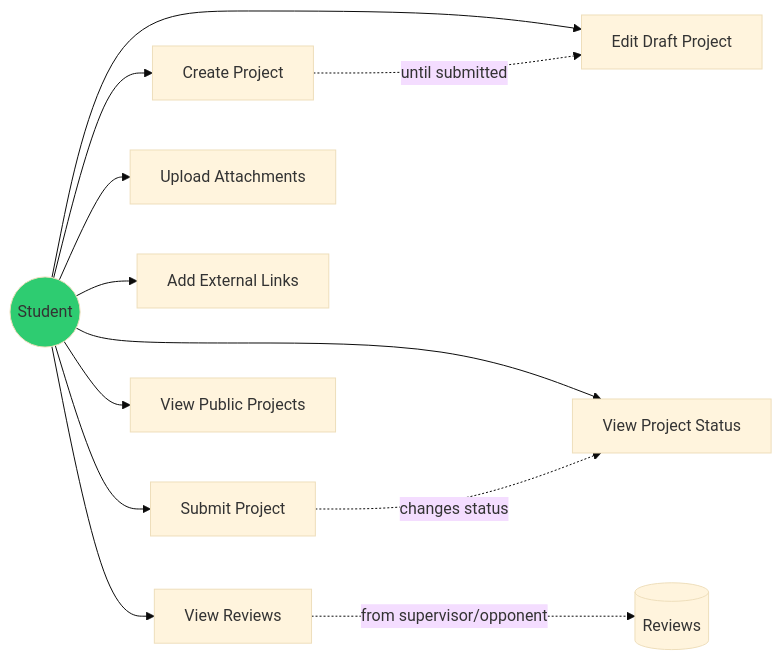
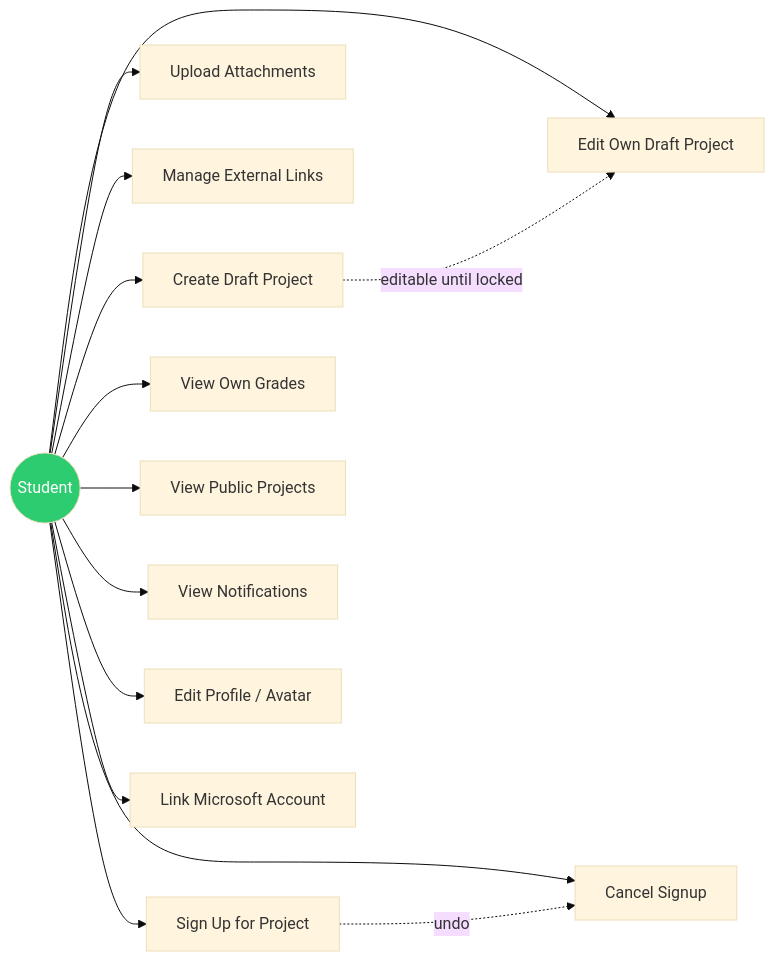
Before and after one commit to krxgq/SubmiTheses: the third of 14 diagrams in docs/uml-diagrams.md, drawn with Mermaid (base theme). The commit also changed other lines of this file and 21 other files, not shown here.

Commit message:
docs: update documentation and UML diagrams

````diff
--- a/docs/uml-diagrams.md
+++ b/docs/uml-diagrams.md
@@ -65,19 +198,21 @@
 ```mermaid
 graph LR
     Student((Student))
 
-    Student --> UC1[Create Project]
-    Student --> UC2[Submit Project]
+    Student --> UC1[Create Draft Project]
+    Student --> UC2[Edit Own Draft Project]
     Student --> UC3[Upload Attachments]
-    Student --> UC4[Add External Links]
-    Student --> UC5[View Project Status]
-    Student --> UC6[View Reviews]
-    Student --> UC7[Edit Draft Project]
+    Student --> UC4[Manage External Links]
+    Student --> UC5[Sign Up for Project]
+    Student --> UC6[Cancel Signup]
+    Student --> UC7[View Own Grades]
     Student --> UC8[View Public Projects]
+    Student --> UC9[View Notifications]
+    Student --> UC10[Edit Profile / Avatar]
+    Student --> UC11[Link Microsoft Account]
 
-    UC1 -.-> |until submitted| UC7
-    UC2 -.-> |changes status| UC5
-    UC6 -.-> |from supervisor/opponent| Reviews[(Reviews)]
+    UC1 -.-> |"editable until locked"| UC2
+    UC5 -.-> |"undo"| UC6
 
-    style Student fill:#2ecc71
+    style Student fill:#2ecc71,color:#fff
 ```
````
